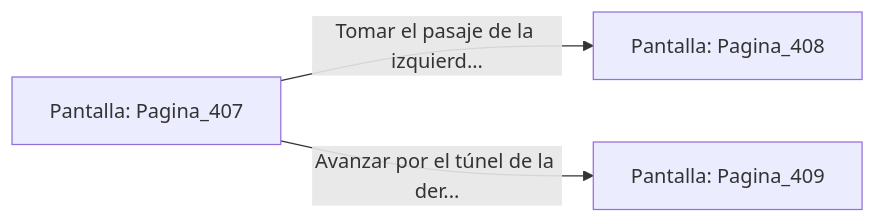
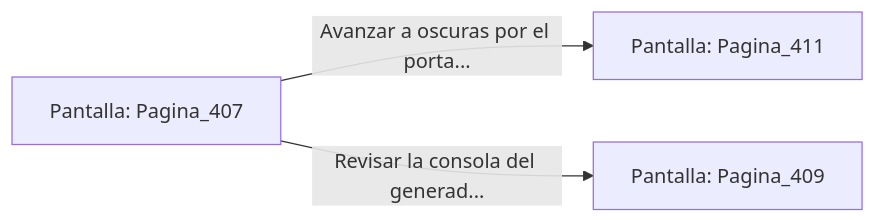
Before and after one commit to metsuke/mpl: the diagram in sample/eligejuego-vault/Pantalla_Pagina_407.md, drawn with Mermaid. The commit also changed other lines of this file and 635 other files, not shown here.

First line of the commit message:
fix: añadir Pagina_1 como pantalla inicial en capitulo_01.mpl

````diff
--- a/sample/eligejuego-vault/Pantalla_Pagina_407.md
+++ b/sample/eligejuego-vault/Pantalla_Pagina_407.md
@@ -20,6 +24,6 @@
 ```mermaid
 graph LR
     P_Pagina_407["Pantalla: Pagina_407"]
-    P_Pagina_407 -->|"Tomar el pasaje de la izquierd..."| P_Pagina_408["Pantalla: Pagina_408"]
-    P_Pagina_407 -->|"Avanzar por el túnel de la der..."| P_Pagina_409["Pantalla: Pagina_409"]
+    P_Pagina_407 -->|"Avanzar a oscuras por el porta..."| P_Pagina_411["Pantalla: Pagina_411"]
+    P_Pagina_407 -->|"Revisar la consola del generad..."| P_Pagina_409["Pantalla: Pagina_409"]
 ```
````
